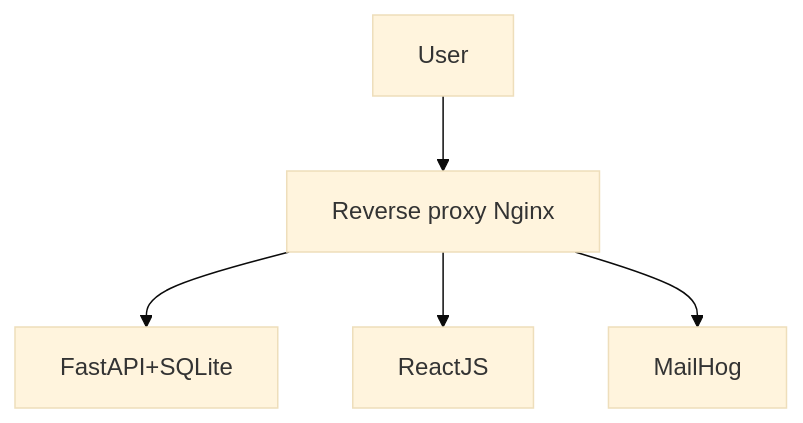
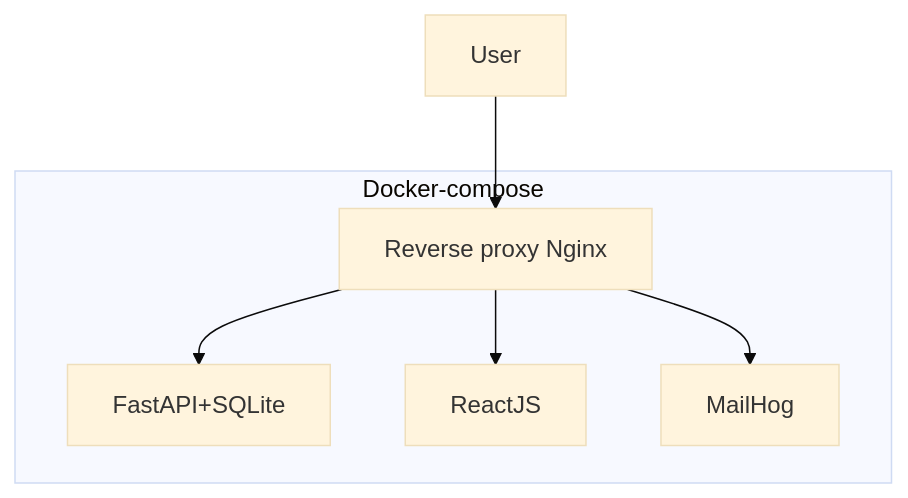
One commit to refleks1a/FastAPI-ReactJS_Template changed the diagram in README.md. Above: the diagram before and after it, drawn with Mermaid (base theme).

````diff
--- a/README.md
+++ b/README.md
@@ -26,7 +26,11 @@
 ```mermaid
 graph TD;
+
   User-->Nginx[Reverse proxy Nginx]
-  Nginx[Reverse proxy Nginx]-->FastAPI+SQLite;
-  Nginx[Reverse proxy Nginx]-->ReactJS;
-  Nginx[Reverse proxy Nginx]-->MailHog;
+
+  subgraph "Docker-compose"
+  Nginx-->FastAPI+SQLite;
+  Nginx-->ReactJS;
+  Nginx-->MailHog;
+  end
 ```
````
